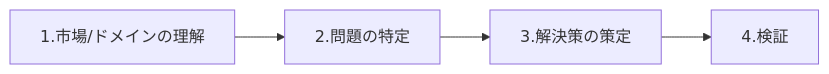
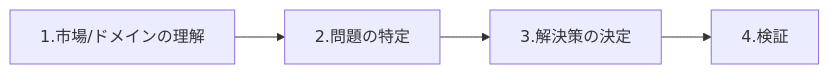
The diagram in 2024/1_solution_basic/README.md (Creative-Cucumbers/solution-design-with-technology), drawn with Mermaid before and after one commit. The commit also changed 1 other file, not shown here.

Commit message:
Update solution process

````diff
--- a/2024/1_solution_basic/README.md
+++ b/2024/1_solution_basic/README.md
@@ -98,6 +98,6 @@
 ```mermaid
 graph LR
     A[1.市場/ドメインの理解] --> B[2.問題の特定]
-    B --> C[3.解決策の策定]
+    B --> C[3.解決策の決定]
     C --> D[4.検証]
 ```
````
